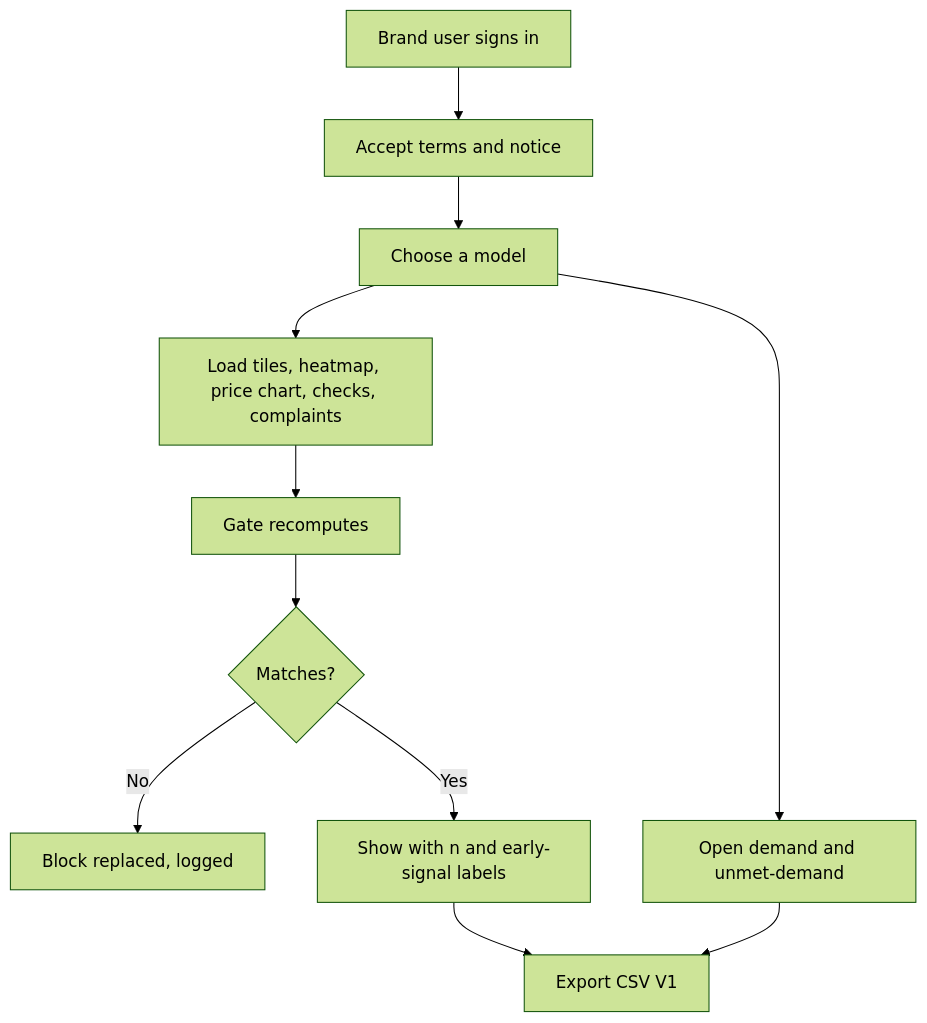
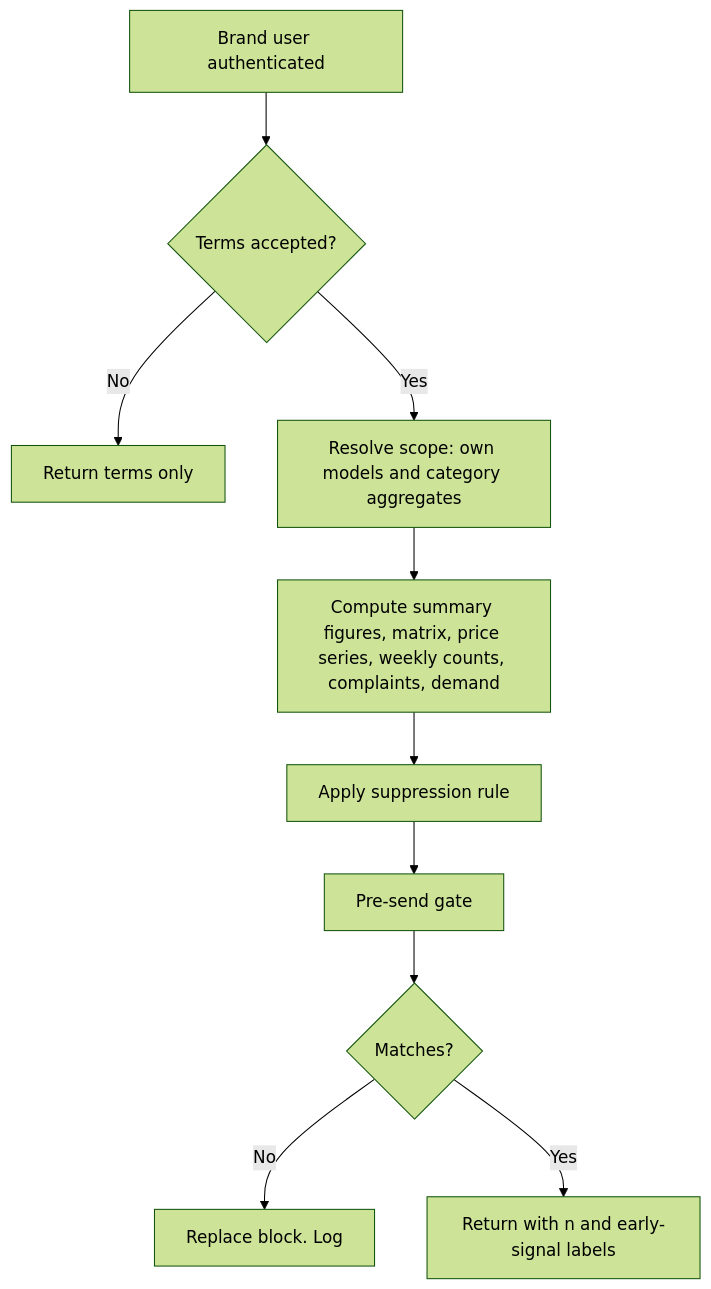
One commit to Atharvojha/AIforPMCapstoneProject_Team11 changed the diagram in lapfit-project/ai-spec/specs/F10_brand_insights.md. Above: the diagram before and after it, drawn with Mermaid (forest theme). The commit also changed other lines of this file and 46 other files, not shown here.

````diff
--- a/lapfit-project/ai-spec/specs/F10_brand_insights.md
+++ b/lapfit-project/ai-spec/specs/F10_brand_insights.md
@@ -52,13 +54,12 @@
 ```mermaid
 flowchart TD
-  A[Brand user signs in] --> B[Accept terms and notice]
-  B --> C[Choose a model]
-  C --> D[Load tiles, heatmap, price chart, checks, complaints]
-  D --> E[Gate recomputes]
-  E --> F{Matches?}
-  F -->|No| G[Block replaced, logged]
-  F -->|Yes| H[Show with n and early-signal labels]
-  C --> I[Open demand and unmet-demand]
-  H --> J[Export CSV V1]
-  I --> J
+  A[Brand user authenticated] --> B{Terms accepted?}
+  B -->|No| C[Return terms only]
+  B -->|Yes| D[Resolve scope: own models and category aggregates]
+  D --> E[Compute summary figures, matrix, price series, weekly counts, complaints, demand]
+  E --> F[Apply suppression rule]
+  F --> G[Pre-send gate]
+  G --> H{Matches?}
+  H -->|No| I[Replace block. Log]
+  H -->|Yes| J[Return with n and early-signal labels]
 ```
````
